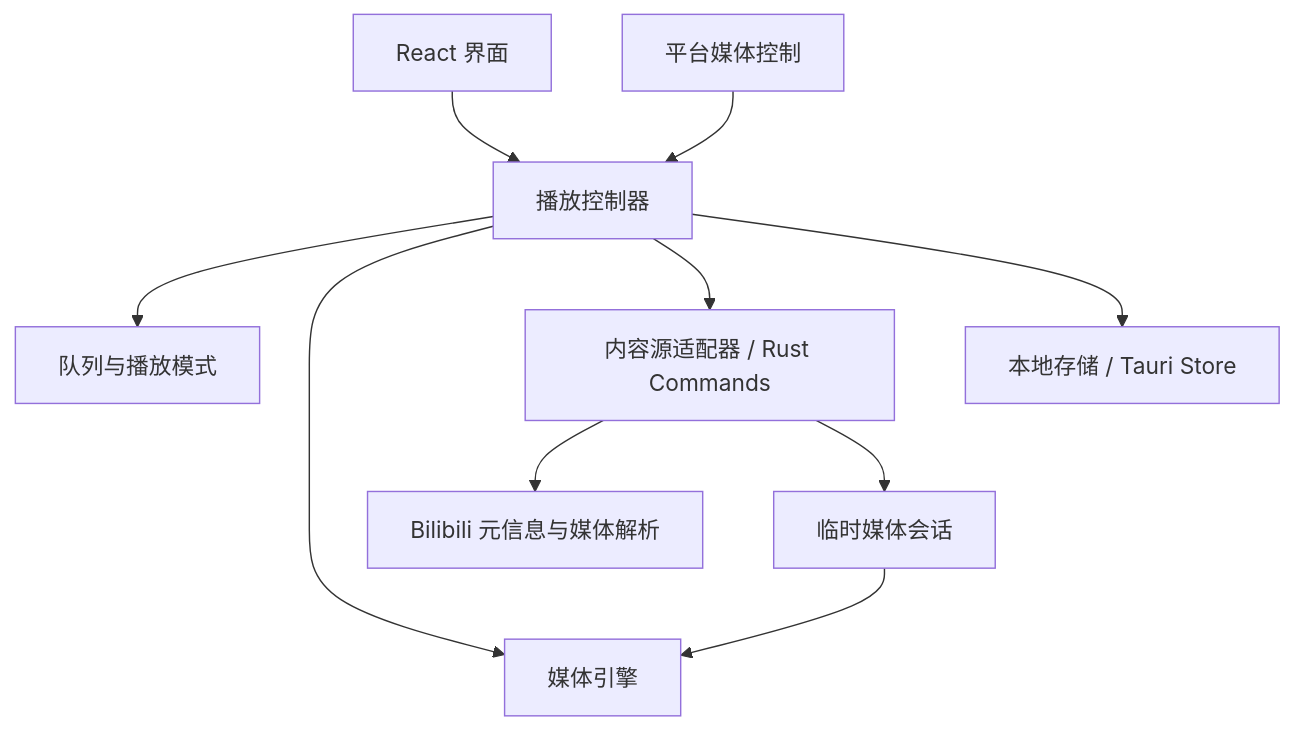
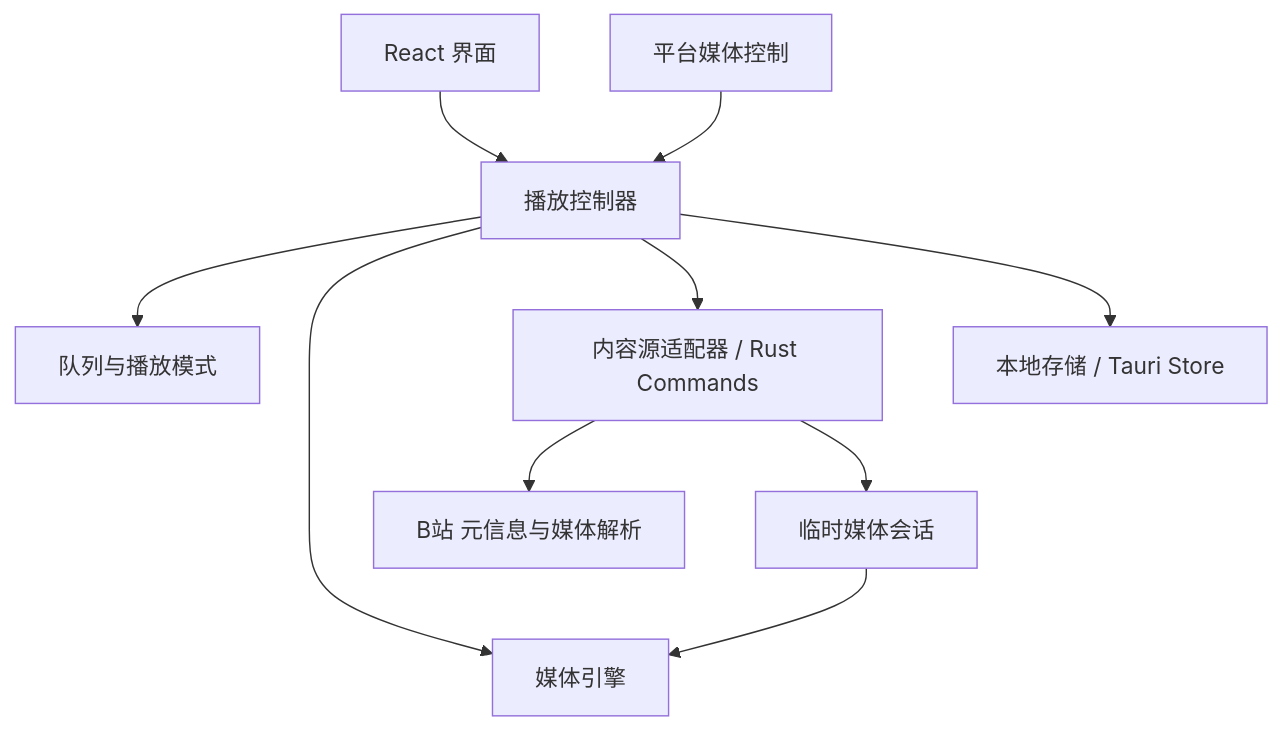
The diagram in docs/project-plan.md (roy2651/bMuisc), drawn with Mermaid before and after one commit. The commit also changed 2 other files, not shown here.

Commit message:
docs: update README progress and use neutral platform naming
- README 反映当前进度：M0 完成、桌面端最小播放器已实机跑通、
  音视频切换未实现；新增「当前进度」与「运行」章节，更新仓库结构说明
- 对外行文统一使用「B站」称呼（README / project-plan / 图标脚本注释）；
  功能性接口域名、跳转链接与代码标识符保留不变

````diff
--- a/docs/project-plan.md
+++ b/docs/project-plan.md
@@ -82,12 +82,12 @@
 ```mermaid
 flowchart TD
     UI[React 界面] --> Controller[播放控制器]
     Controller --> Queue[队列与播放模式]
     Controller --> Engine[媒体引擎]
     Controller --> Source[内容源适配器 / Rust Commands]
     Controller --> Storage[本地存储 / Tauri Store]
-    Source --> Bili[Bilibili 元信息与媒体解析]
+    Source --> Bili[B站 元信息与媒体解析]
     Source --> Session[临时媒体会话]
     Session --> Engine
     Platform[平台媒体控制] --> Controller
 ```
````
